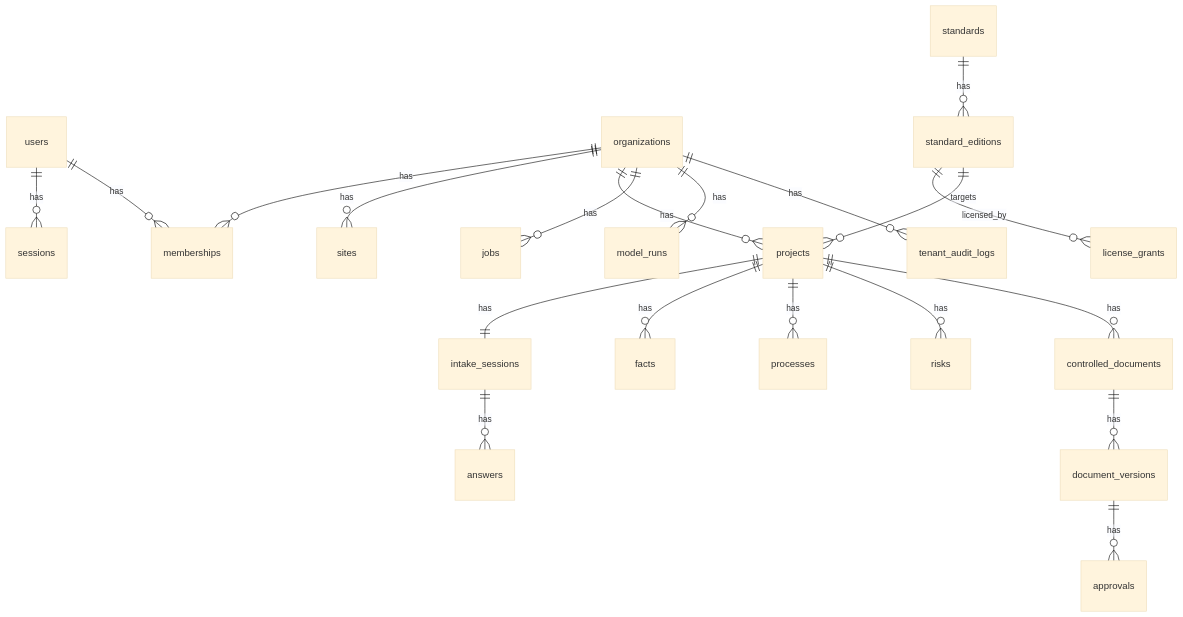
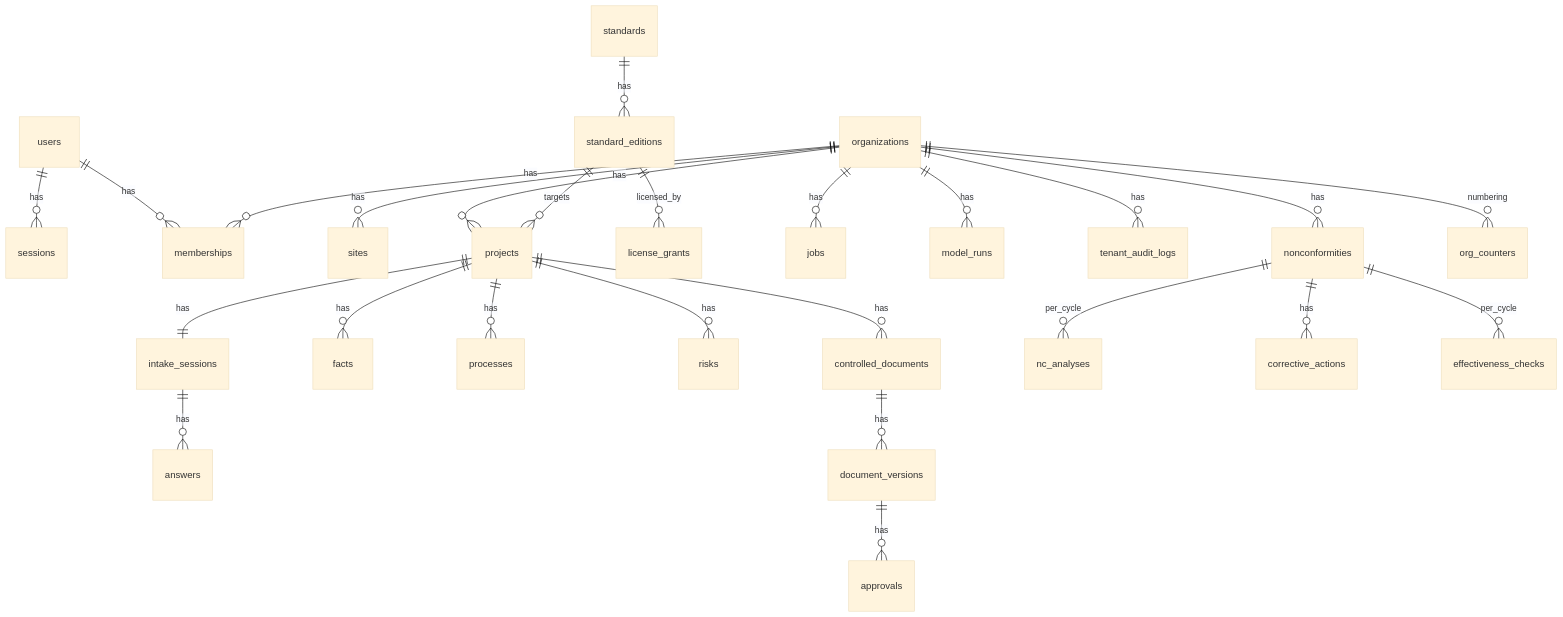
Before and after one commit to oolong2006-ship-it/codex: the diagram in iso-platform/docs/DATA_MODEL.md, drawn with Mermaid (base theme). The commit also changed other lines of this file and 21 other files, not shown here.

First line of the commit message:
feat(iso-platform): CAPA module (nonconformity, root cause, corrective action, effectiveness)

````diff
--- a/iso-platform/docs/DATA_MODEL.md
+++ b/iso-platform/docs/DATA_MODEL.md
@@ -4,22 +4,27 @@
 ```mermaid
 erDiagram
   users ||--o{ sessions : has
   users ||--o{ memberships : has
   organizations ||--o{ memberships : has
   organizations ||--o{ sites : has
   organizations ||--o{ projects : has
   standards ||--o{ standard_editions : has
   standard_editions ||--o{ license_grants : licensed_by
   standard_editions ||--o{ projects : targets
   projects ||--|| intake_sessions : has
   intake_sessions ||--o{ answers : has
   projects ||--o{ facts : has
   projects ||--o{ processes : has
   projects ||--o{ risks : has
   projects ||--o{ controlled_documents : has
   controlled_documents ||--o{ document_versions : has
   document_versions ||--o{ approvals : has
   organizations ||--o{ jobs : has
   organizations ||--o{ model_runs : has
   organizations ||--o{ tenant_audit_logs : has
+  organizations ||--o{ nonconformities : has
+  nonconformities ||--o{ nc_analyses : per_cycle
+  nonconformities ||--o{ corrective_actions : has
+  nonconformities ||--o{ effectiveness_checks : per_cycle
+  organizations ||--o{ org_counters : numbering
 ```
````
